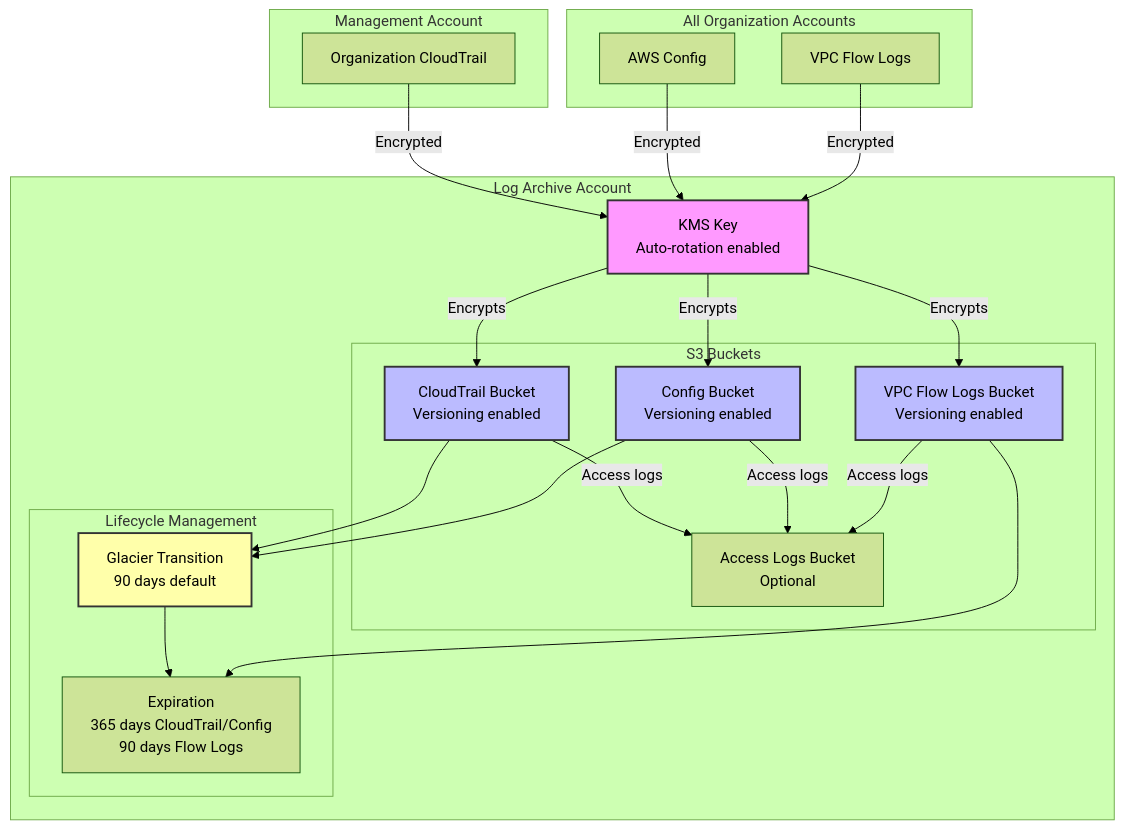
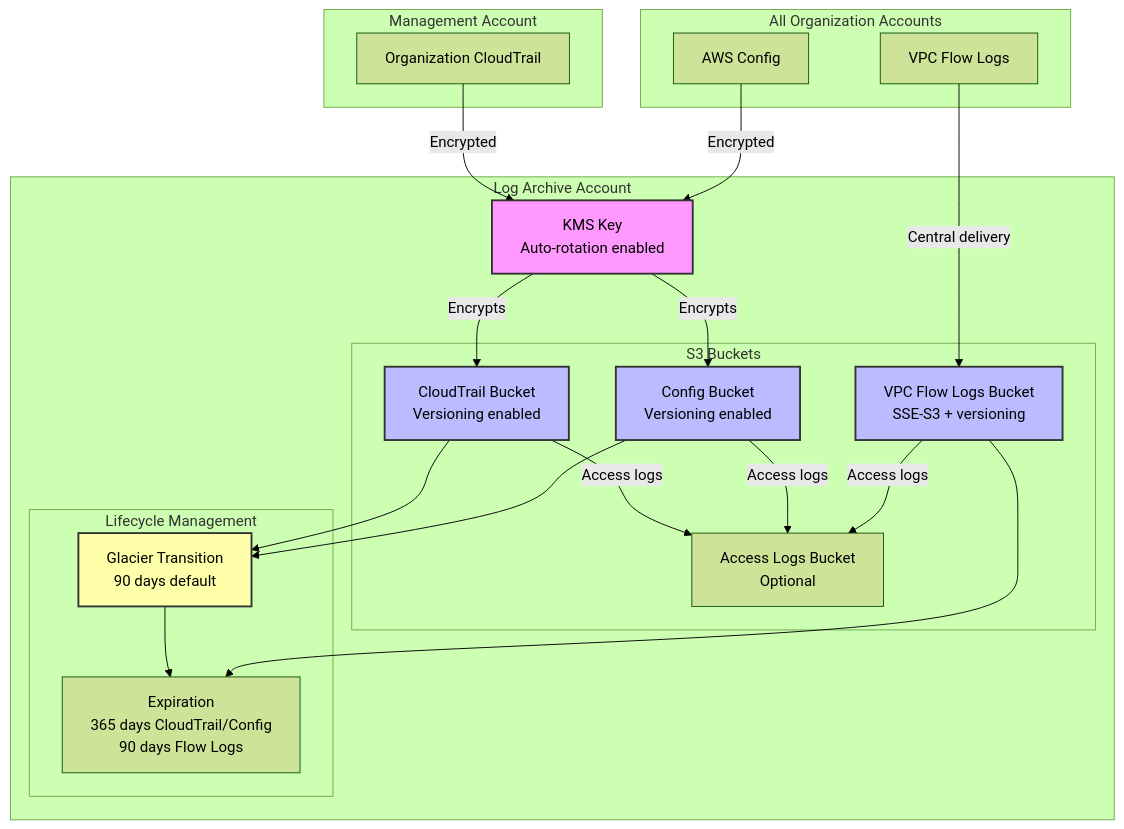
The diagram in docs/docs/modules/log-archive.md (clopca/aws-landing-zone-template), drawn with Mermaid (forest theme) before and after one commit. The commit also changed other lines of this file and 2 other files, not shown here.

Commit message:
fix: enable centralized VPC flow log delivery

````diff
--- a/docs/docs/modules/log-archive.md
+++ b/docs/docs/modules/log-archive.md
@@ -74,50 +74,49 @@
 ```mermaid
 flowchart TB
     subgraph Management["Management Account"]
         OrgTrail[Organization CloudTrail]
     end
     
     subgraph AllAccounts["All Organization Accounts"]
         Config[AWS Config]
         VPCs[VPC Flow Logs]
     end
     
     subgraph LogArchive["Log Archive Account"]
         KMS[KMS Key<br/>Auto-rotation enabled]
         
         subgraph S3Buckets["S3 Buckets"]
             CloudTrailBucket[CloudTrail Bucket<br/>Versioning enabled]
             ConfigBucket[Config Bucket<br/>Versioning enabled]
-            FlowLogsBucket[VPC Flow Logs Bucket<br/>Versioning enabled]
+            FlowLogsBucket[VPC Flow Logs Bucket<br/>SSE-S3 + versioning]
             AccessLogsBucket[Access Logs Bucket<br/>Optional]
         end
         
         subgraph Lifecycle["Lifecycle Management"]
             Glacier[Glacier Transition<br/>90 days default]
             Expiration[Expiration<br/>365 days CloudTrail/Config<br/>90 days Flow Logs]
         end
     end
     
     OrgTrail -->|Encrypted| KMS
     Config -->|Encrypted| KMS
-    VPCs -->|Encrypted| KMS
+    VPCs -->|Central delivery| FlowLogsBucket
     
     KMS -->|Encrypts| CloudTrailBucket
     KMS -->|Encrypts| ConfigBucket
-    KMS -->|Encrypts| FlowLogsBucket
     
     CloudTrailBucket -->|Access logs| AccessLogsBucket
     ConfigBucket -->|Access logs| AccessLogsBucket
     FlowLogsBucket -->|Access logs| AccessLogsBucket
     
     CloudTrailBucket --> Glacier
     ConfigBucket --> Glacier
     Glacier --> Expiration
     FlowLogsBucket --> Expiration
     
     style KMS fill:#f9f,stroke:#333,stroke-width:2px
     style CloudTrailBucket fill:#bbf,stroke:#333,stroke-width:2px
     style ConfigBucket fill:#bbf,stroke:#333,stroke-width:2px
     style FlowLogsBucket fill:#bbf,stroke:#333,stroke-width:2px
     style Glacier fill:#ffa,stroke:#333,stroke-width:2px
 ```
````
